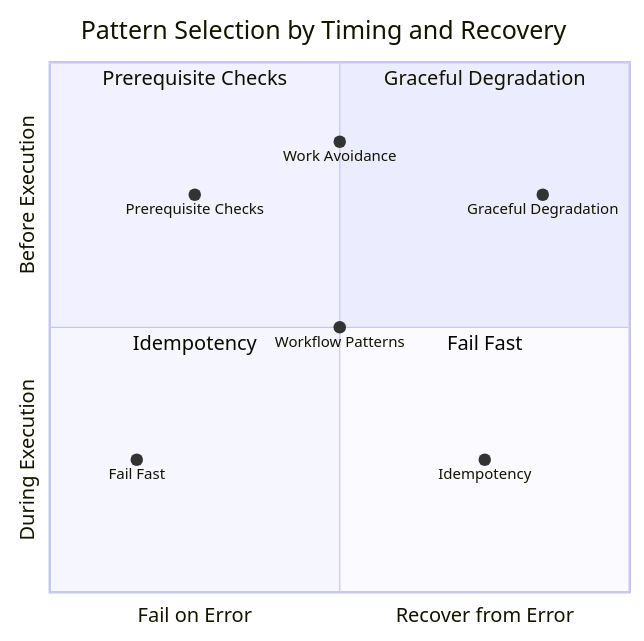
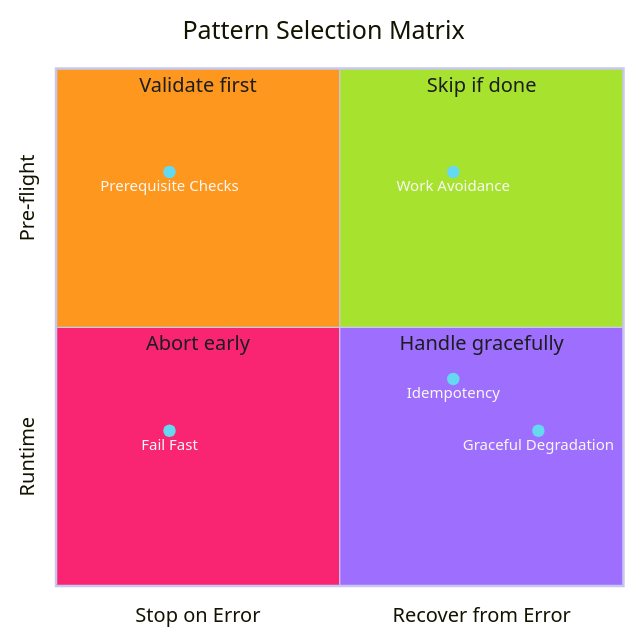
Before and after one commit to adaptive-enforcement-lab/adaptive-enforcement-lab-com: the diagram in docs/developer-guide/engineering-practices/principles/index.md, drawn with Mermaid. The commit also changed other lines of this file, not shown here.

Commit message:
docs: focus principles page on 5 error-handling patterns
Remove Workflow Patterns (a structural category, not error-handling).
Keep patterns that fit the timing/recovery decision framework:
- Fail Fast
- Prerequisite Checks
- Graceful Degradation
- Idempotency
- Work Avoidance

Apply Ghostty Hardcore theme to quadrant chart.

````diff
--- a/docs/developer-guide/engineering-practices/principles/index.md
+++ b/docs/developer-guide/engineering-practices/principles/index.md
@@ -11,16 +11,31 @@
 ```mermaid
+---
+config:
+  quadrantChart:
+    quadrantPadding: 10
+  themeVariables:
+    quadrant1Fill: "#a7e22e"
+    quadrant2Fill: "#fd971e"
+    quadrant3Fill: "#f92572"
+    quadrant4Fill: "#9e6ffe"
+    quadrant1TextFill: "#1b1d1e"
+    quadrant2TextFill: "#1b1d1e"
+    quadrant3TextFill: "#1b1d1e"
+    quadrant4TextFill: "#1b1d1e"
+    quadrantPointFill: "#65d9ef"
+    quadrantPointTextFill: "#f8f8f3"
+---
 quadrantChart
-    title Pattern Selection by Timing and Recovery
-    x-axis Fail on Error --> Recover from Error
-    y-axis During Execution --> Before Execution
-    quadrant-1 Graceful Degradation
-    quadrant-2 Prerequisite Checks
-    quadrant-3 Idempotency
-    quadrant-4 Fail Fast
-    Fail Fast: [0.15, 0.25]
-    Prerequisite Checks: [0.25, 0.75]
-    Graceful Degradation: [0.85, 0.75]
-    Idempotency: [0.75, 0.25]
-    Work Avoidance: [0.50, 0.85]
-    Workflow Patterns: [0.50, 0.50]
+    title Pattern Selection Matrix
+    x-axis Stop on Error --> Recover from Error
+    y-axis Runtime --> Pre-flight
+    quadrant-1 Skip if done
+    quadrant-2 Validate first
+    quadrant-3 Abort early
+    quadrant-4 Handle gracefully
+    Fail Fast: [0.20, 0.30]
+    Prerequisite Checks: [0.20, 0.80]
+    Graceful Degradation: [0.85, 0.30]
+    Idempotency: [0.70, 0.40]
+    Work Avoidance: [0.70, 0.80]
 ```
````
